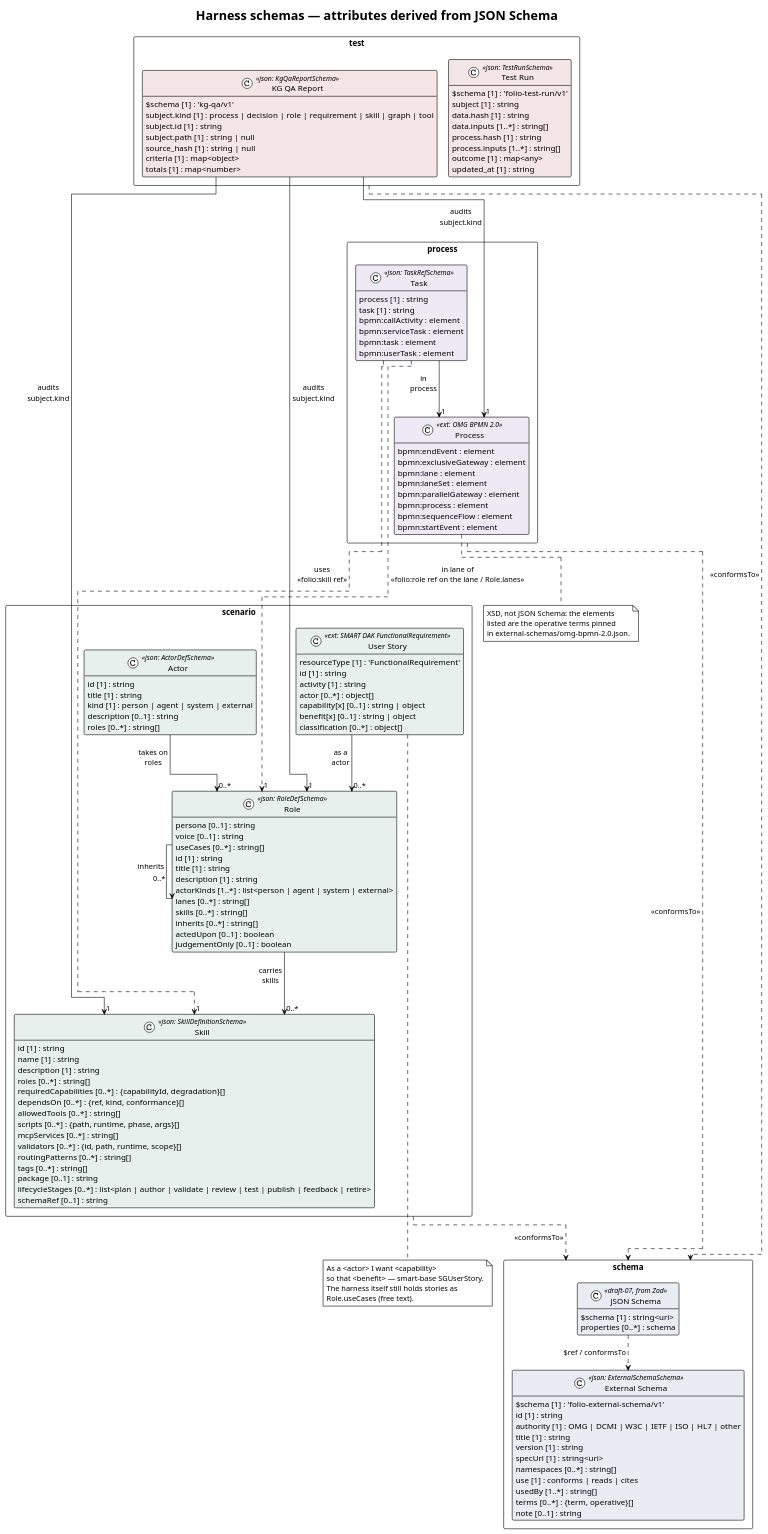
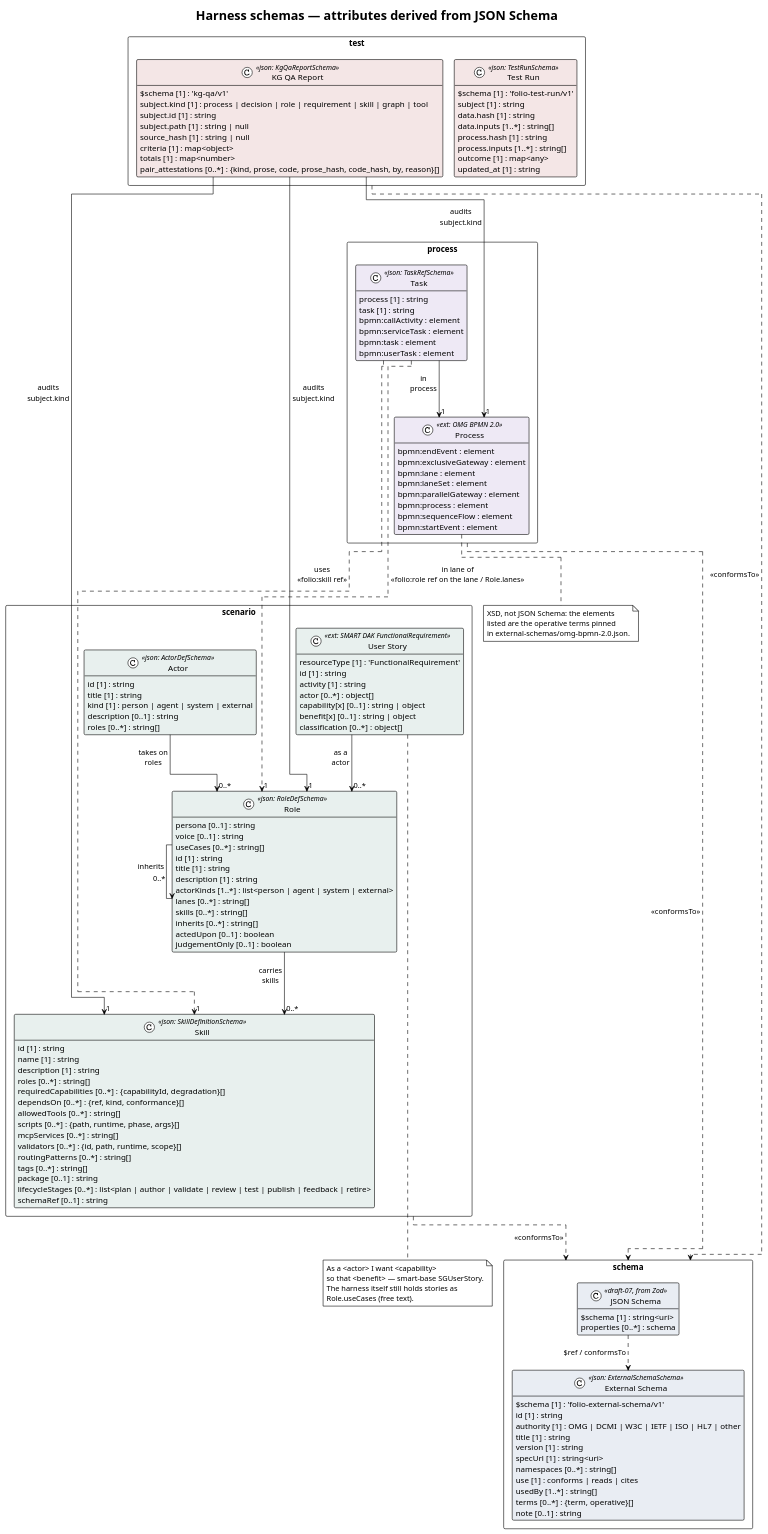
The diagram in cat-harness/uml/harness-schemas.puml (litlfred/folio-assistant), drawn with PlantUML before and after one commit. The commit also changed 7 other files, not shown here.

First line of the commit message:
Merge main (#1065); regenerate UML for the new KgQaReport field

```diff
--- a/cat-harness/uml/harness-schemas.puml
+++ b/cat-harness/uml/harness-schemas.puml
@@ -4,155 +4,156 @@
 @startuml harness-schemas
 ' ELK routes edges around class boxes; dot and smetana draw through them.
 !pragma layout elk
 skinparam nodesep 60
 skinparam ranksep 80
 !theme plain
 skinparam classAttributeIconSize 0
 skinparam shadowing false
 skinparam packageStyle rectangle
 skinparam stereotypeCBackgroundColor #FDFDFB
 hide empty methods
 
 title Harness schemas — attributes derived from JSON Schema
 
 package scenario {
   class "Actor" as Actor <<json: ActorDefSchema>> #e8f0ee {
     id [1] : string
     title [1] : string
     kind [1] : person | agent | system | external
     description [0..1] : string
     roles [0..*] : string[]
   }
   class "Role" as Role <<json: RoleDefSchema>> #e8f0ee {
     persona [0..1] : string
     voice [0..1] : string
     useCases [0..*] : string[]
     id [1] : string
     title [1] : string
     description [1] : string
     actorKinds [1..*] : list<person | agent | system | external>
     lanes [0..*] : string[]
     skills [0..*] : string[]
     inherits [0..*] : string[]
     actedUpon [0..1] : boolean
     judgementOnly [0..1] : boolean
   }
   class "Skill" as Skill <<json: SkillDefinitionSchema>> #e8f0ee {
     id [1] : string
     name [1] : string
     description [1] : string
     roles [0..*] : string[]
     requiredCapabilities [0..*] : {capabilityId, degradation}[]
     dependsOn [0..*] : {ref, kind, conformance}[]
     allowedTools [0..*] : string[]
     scripts [0..*] : {path, runtime, phase, args}[]
     mcpServices [0..*] : string[]
     validators [0..*] : {id, path, runtime, scope}[]
     routingPatterns [0..*] : string[]
     tags [0..*] : string[]
     package [0..1] : string
     lifecycleStages [0..*] : list<plan | author | validate | review | test | publish | feedback | retire>
     schemaRef [0..1] : string
   }
   class "User Story" as UserStory <<ext: SMART DAK FunctionalRequirement>> #e8f0ee {
     resourceType [1] : 'FunctionalRequirement'
     id [1] : string
     activity [1] : string
     actor [0..*] : object[]
     capability[x] [0..1] : string | object
     benefit[x] [0..1] : string | object
     classification [0..*] : object[]
   }
 }
 
 package process {
   class "Process" as Process <<ext: OMG BPMN 2.0>> #eee9f5 {
     bpmn:endEvent : element
     bpmn:exclusiveGateway : element
     bpmn:lane : element
     bpmn:laneSet : element
     bpmn:parallelGateway : element
     bpmn:process : element
     bpmn:sequenceFlow : element
     bpmn:startEvent : element
   }
   class "Task" as Task <<json: TaskRefSchema>> #eee9f5 {
     process [1] : string
     task [1] : string
     bpmn:callActivity : element
     bpmn:serviceTask : element
     bpmn:task : element
     bpmn:userTask : element
   }
 }
 
 package schema {
   class "External Schema" as ExternalSchema <<json: ExternalSchemaSchema>> #e9edf3 {
     $schema [1] : 'folio-external-schema/v1'
     id [1] : string
     authority [1] : OMG | DCMI | W3C | IETF | ISO | HL7 | other
     title [1] : string
     version [1] : string
     specUrl [1] : string<uri>
     namespaces [0..*] : string[]
     use [1] : conforms | reads | cites
     usedBy [1..*] : string[]
     terms [0..*] : {term, operative}[]
     note [0..1] : string
   }
   class "JSON Schema" as JsonSchema <<draft-07, from Zod>> #e9edf3 {
     $schema [1] : string<uri>
     properties [0..*] : schema
   }
   JsonSchema ..> ExternalSchema : $ref / conformsTo
 }
 
 package test {
   class "Test Run" as TestRun <<json: TestRunSchema>> #f4e6e6 {
     $schema [1] : 'folio-test-run/v1'
     subject [1] : string
     data.hash [1] : string
     data.inputs [1..*] : string[]
     process.hash [1] : string
     process.inputs [1..*] : string[]
     outcome [1] : map<any>
     updated_at [1] : string
   }
   class "KG QA Report" as KgQaReport <<json: KgQaReportSchema>> #f4e6e6 {
     $schema [1] : 'kg-qa/v1'
     subject.kind [1] : process | decision | role | requirement | skill | graph | tool
     subject.id [1] : string
     subject.path [1] : string | null
     source_hash [1] : string | null
     criteria [1] : map<object>
     totals [1] : map<number>
+    pair_attestations [0..*] : {kind, prose, code, prose_hash, code_hash, by, reason}[]
   }
 }
 
 note bottom of UserStory
   As a <actor> I want <capability>
   so that <benefit> — smart-base SGUserStory.
   The harness itself still holds stories as
   Role.useCases (free text).
 end note
 note bottom of Process
   XSD, not JSON Schema: the elements
   listed are the operative terms pinned
   in external-schemas/omg-bpmn-2.0.json.
 end note
 
 Actor --> "0..*" Role : takes on\nroles
 Role --> "0..*" Role : inherits
 Role --> "0..*" Skill : carries\nskills
 UserStory --> "0..*" Role : as a\nactor
 Task --> "1" Process : in\nprocess
 Task ..> "1" Role : in lane of\n«folio:role ref on the lane / Role.lanes»
 Task ..> "1" Skill : uses\n«folio:skill ref»
 KgQaReport --> "1" Role : audits\nsubject.kind
 KgQaReport --> "1" Process : audits\nsubject.kind
 KgQaReport --> "1" Skill : audits\nsubject.kind
 
 scenario ..> schema : <<conformsTo>>
 process ..> schema : <<conformsTo>>
 test ..> schema : <<conformsTo>>
 @enduml
```
